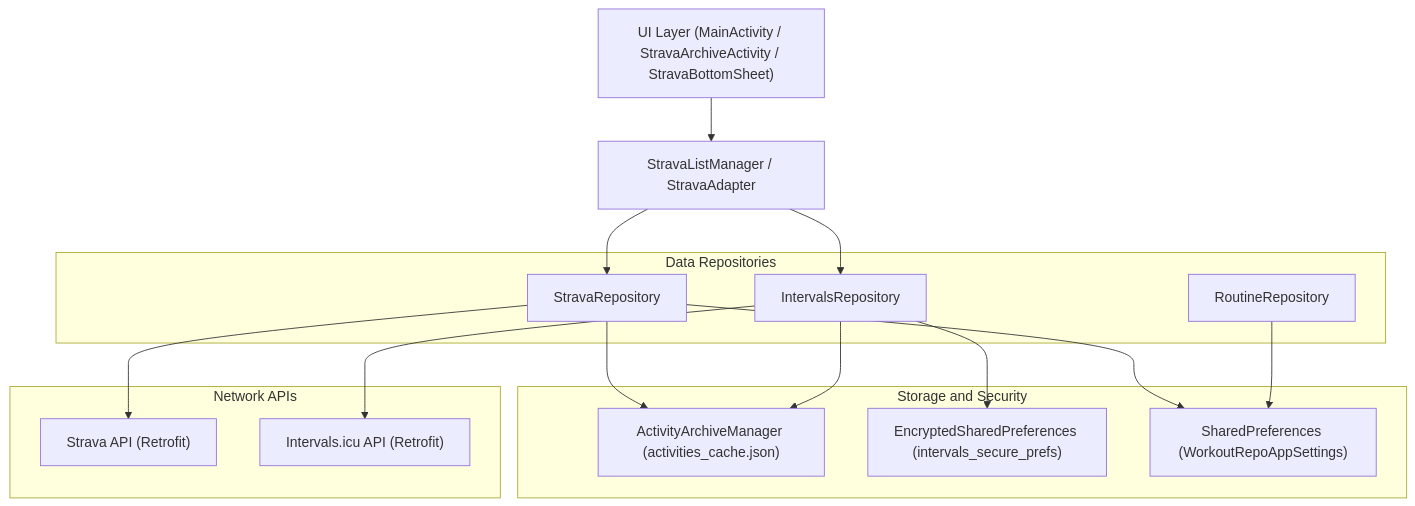
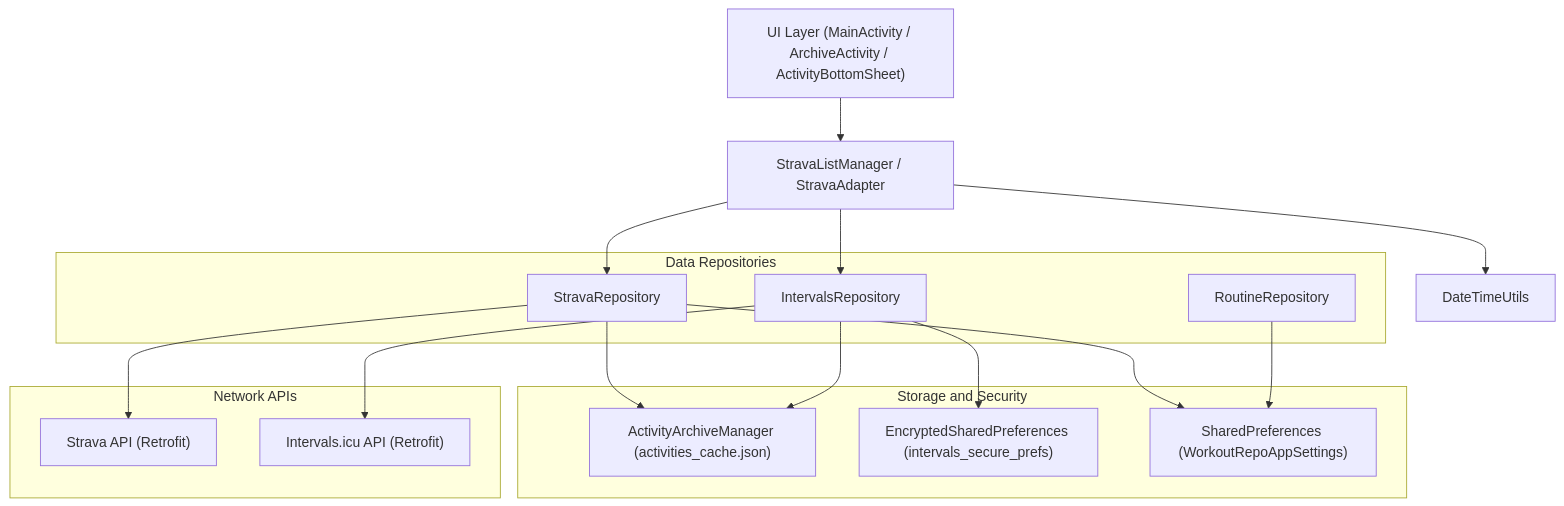
The first of 3 diagrams in DEV_DOCUMENTATION.md (spewedprojects/WorkoutRepo), drawn with Mermaid before and after one commit. The commit also changed other lines of this file and 27 other files, not shown here.

````diff
--- a/DEV_DOCUMENTATION.md
+++ b/DEV_DOCUMENTATION.md
@@ -11,33 +11,35 @@
 ```mermaid
 graph TD
-    UI["UI Layer (MainActivity / StravaArchiveActivity / StravaBottomSheet)"]
+    UI["UI Layer (MainActivity / ArchiveActivity / ActivityBottomSheet)"]
     SLM["StravaListManager / StravaAdapter"]
+    DTU["DateTimeUtils"]
     
     subgraph Data Repositories
         SR["StravaRepository"]
         IR["IntervalsRepository"]
         RR["RoutineRepository"]
     end
     
     subgraph Storage and Security
         AAM["ActivityArchiveManager (activities_cache.json)"]
         ESP["EncryptedSharedPreferences (intervals_secure_prefs)"]
         SP["SharedPreferences (WorkoutRepoAppSettings)"]
     end
     
     subgraph Network APIs
         SS["Strava API (Retrofit)"]
         IS["Intervals.icu API (Retrofit)"]
     end
 
     UI --> SLM
+    SLM --> DTU
     SLM --> SR
     SLM --> IR
     SR --> SS
     IR --> IS
     IR --> ESP
     SR --> SP
     SR --> AAM
     IR --> AAM
     RR --> SP
 ```
````
